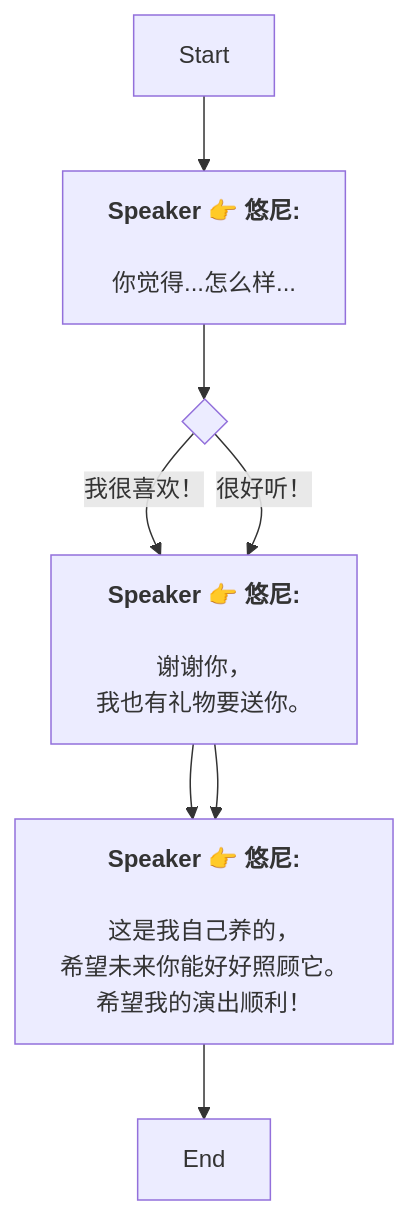
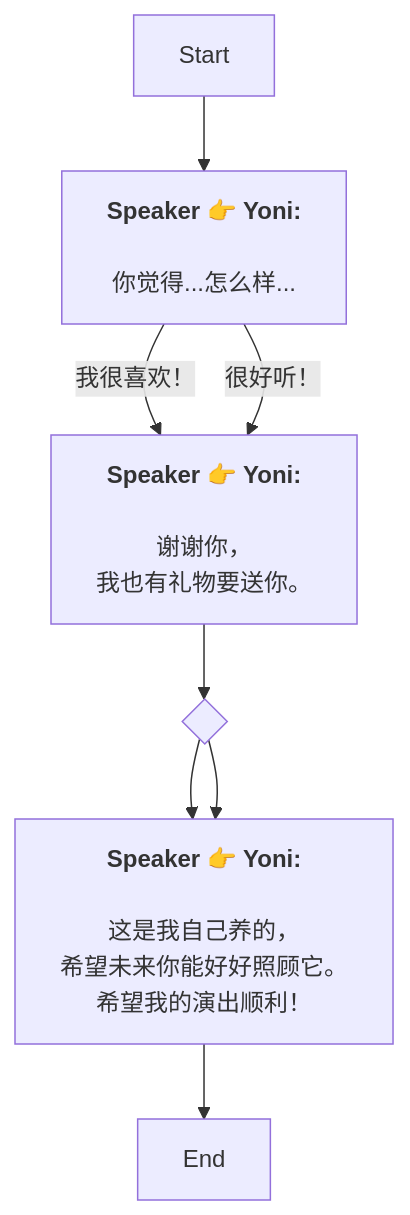
Before and after one commit to SoftHu/tos_avg: the diagram in Zh/QuestStartTalkENode_1741644675494136.md, drawn with Mermaid. The commit also changed 737 other files, not shown here.

````diff
--- a/Zh/QuestStartTalkENode_1741644675494136.md
+++ b/Zh/QuestStartTalkENode_1741644675494136.md
@@ -1,27 +1,20 @@
 ```mermaid
 graph
-Start -->1741644696142075[<b>Speaker 👉 悠尼:</b>
-
-你觉得...怎么样...]
-1741644696142075 -->1741644740696316{ }
-1741644740696316 -->|我很喜欢！|1741644780826881[<b>Speaker 👉 悠尼:</b>
-
-谢谢你，
+Start -->1741644696142075[<b>Speaker 👉 Yoni:</b>
+\n你觉得...怎么样...]
+1741644696142075 -->|我很喜欢！|1741644780826881[<b>Speaker 👉 Yoni:</b>
+\n谢谢你，
 我也有礼物要送你。]
-1741644740696316 -->|很好听！|1741644780826881[<b>Speaker 👉 悠尼:</b>
-
-谢谢你，
+1741644696142075 -->|很好听！|1741644780826881[<b>Speaker 👉 Yoni:</b>
+\n谢谢你，
 我也有礼物要送你。]
-1741644780826881 -->1741644967451907[<b>Speaker 👉 悠尼:</b>
-
-这是我自己养的，
-希望未来你能好好照顾它。
-希望我的演出顺利！]
-1741644780826881 -->1741644967451907[<b>Speaker 👉 悠尼:</b>
-
-这是我自己养的，
-希望未来你能好好照顾它。
-希望我的演出顺利！]
+1741644780826881 -->1741644798498050{ }
+1741644798498050 -->1741644967451907[<b>Speaker 👉 Yoni:</b>
+\n这是我自己养的，
+希望未来你能好好照顾它。\n希望我的演出顺利！]
+1741644798498050 -->1741644967451907[<b>Speaker 👉 Yoni:</b>
+\n这是我自己养的，
+希望未来你能好好照顾它。\n希望我的演出顺利！]
 1741644967451907 -->1741645063795972[End]
 
- ```
+```
````
